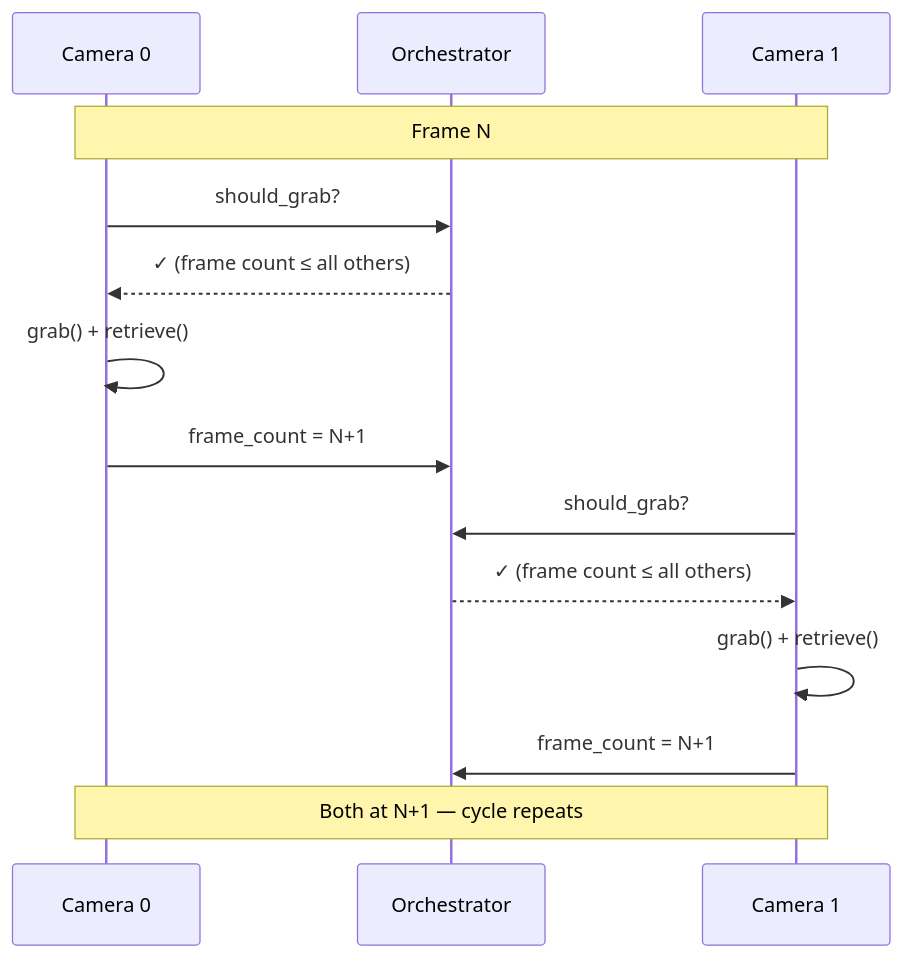
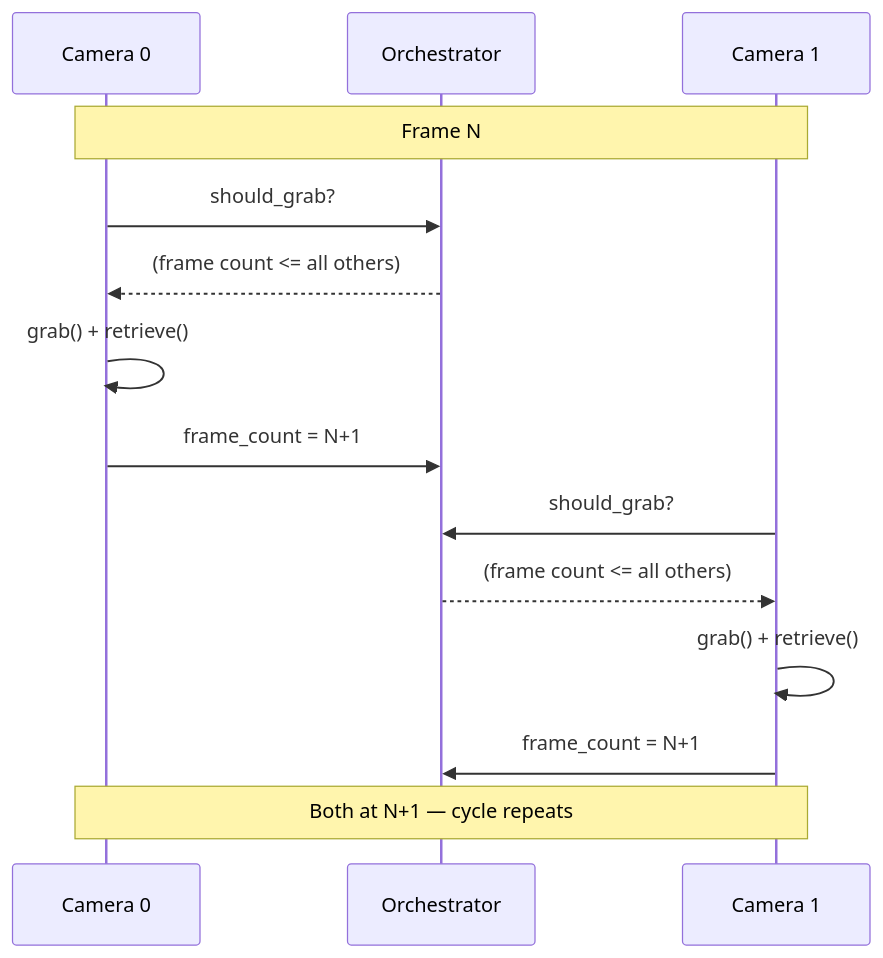
One commit to freemocap/skellycam changed the diagram in skellycam-docs/docs/core/frame-perfect-sync.mdx. Above: the diagram before and after it, drawn with Mermaid. The commit also changed other lines of this file and 287 other files, not shown here.

````diff
--- a/skellycam-docs/docs/core/frame-perfect-sync.mdx
+++ b/skellycam-docs/docs/core/frame-perfect-sync.mdx
@@ -32,20 +34,20 @@
 ```mermaid
 sequenceDiagram
     participant Cam0 as Camera 0
     participant Orch as Orchestrator
     participant Cam1 as Camera 1
 
     Note over Cam0,Cam1: Frame N
 
     Cam0->>Orch: should_grab?
-    Orch-->>Cam0: ✓ (frame count ≤ all others)
+    Orch-->>Cam0: (frame count <= all others)
     Cam0->>Cam0: grab() + retrieve()
     Cam0->>Orch: frame_count = N+1
 
     Cam1->>Orch: should_grab?
-    Orch-->>Cam1: ✓ (frame count ≤ all others)
+    Orch-->>Cam1: (frame count <= all others)
     Cam1->>Cam1: grab() + retrieve()
     Cam1->>Orch: frame_count = N+1
 
     Note over Cam0,Cam1: Both at N+1 — cycle repeats
 ```
````
